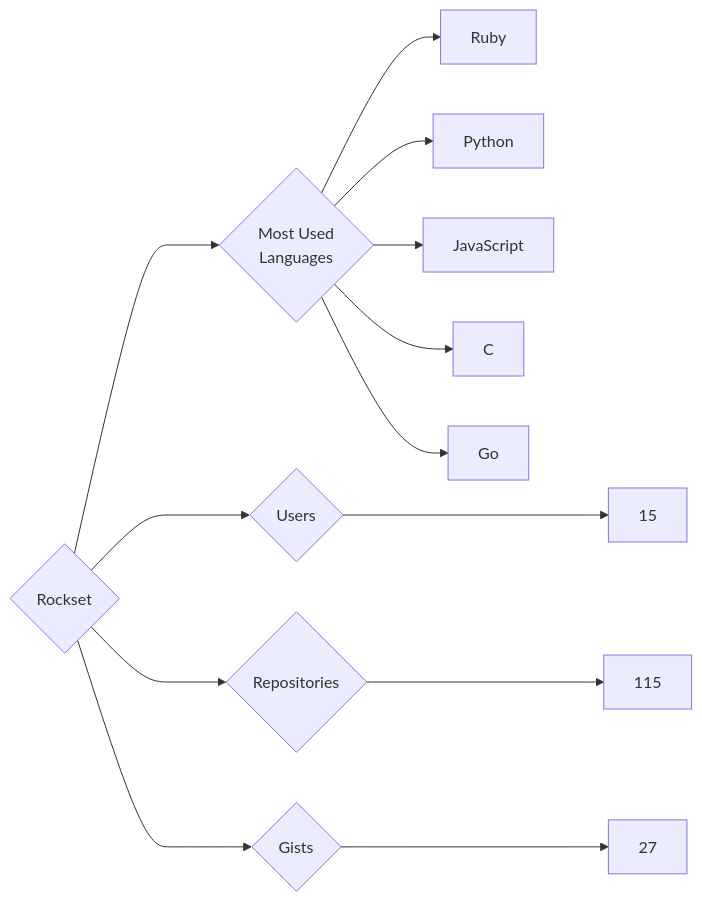
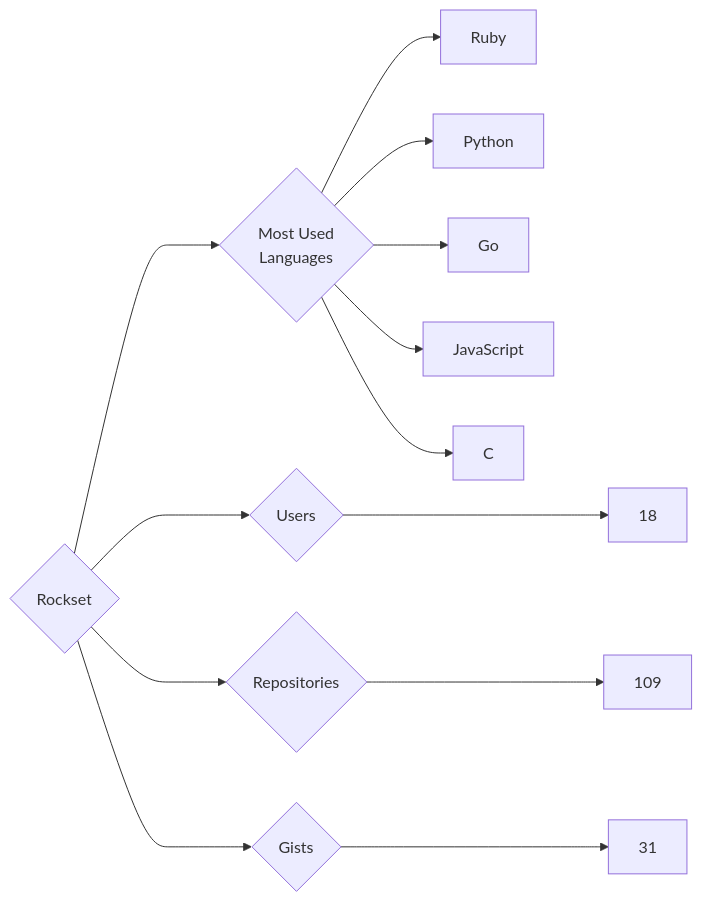
The diagram in targets/Rockset/README.md (trickest/insiders), drawn with Mermaid before and after one commit. The commit also changed 806 other files, not shown here.

````diff
--- a/targets/Rockset/README.md
+++ b/targets/Rockset/README.md
@@ -3,13 +3,13 @@
 ```mermaid
 graph LR
 COMPANY_NAME{Rockset}
-COMPANY_NAME ---> U{Users} ---> UN[15]
-COMPANY_NAME ---> R{Repositories} ---> RN[115]
-COMPANY_NAME ---> G{Gists} ---> GN[27]
+COMPANY_NAME ---> U{Users} ---> UN[18]
+COMPANY_NAME ---> R{Repositories} ---> RN[109]
+COMPANY_NAME ---> G{Gists} ---> GN[31]
 COMPANY_NAME ---> ML{Most Used<br>Languages}
 ML --> Ruby[Ruby]
 ML --> Python[Python]
+ML --> Go[Go]
 ML --> JavaScript[JavaScript]
 ML --> C[C]
-ML --> Go[Go]
 ```
````
